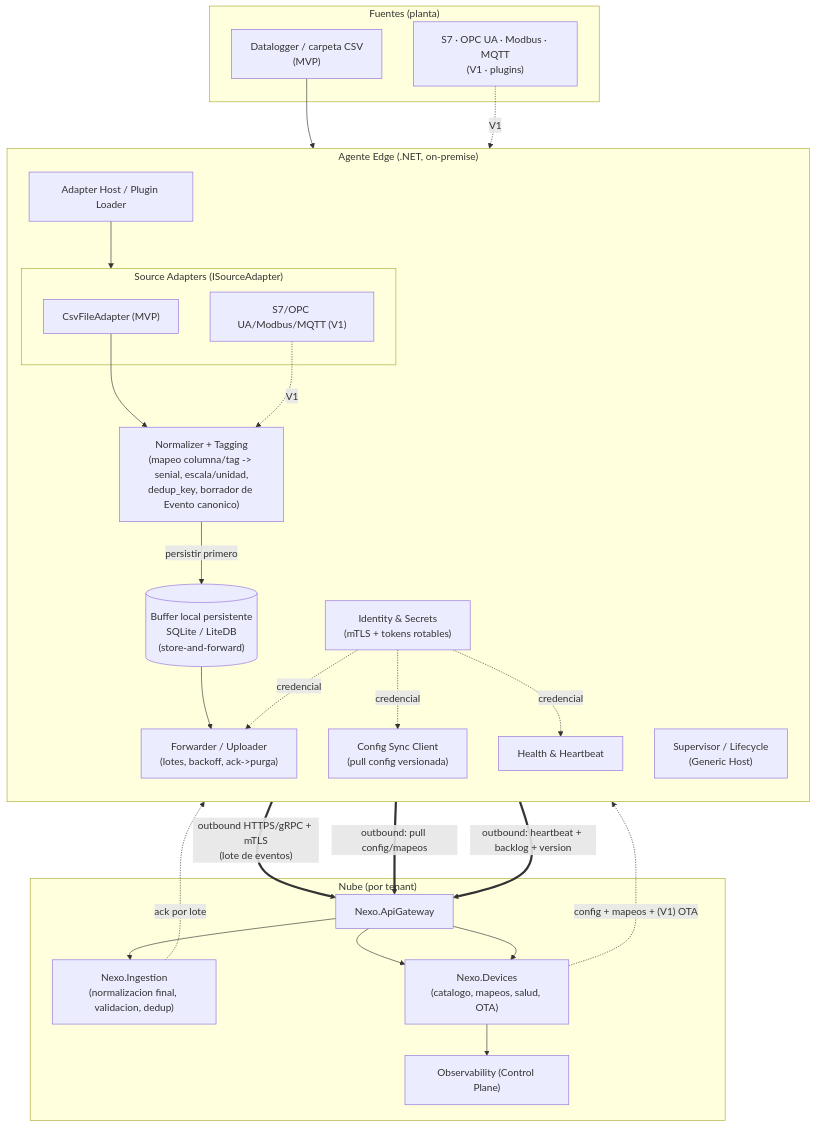
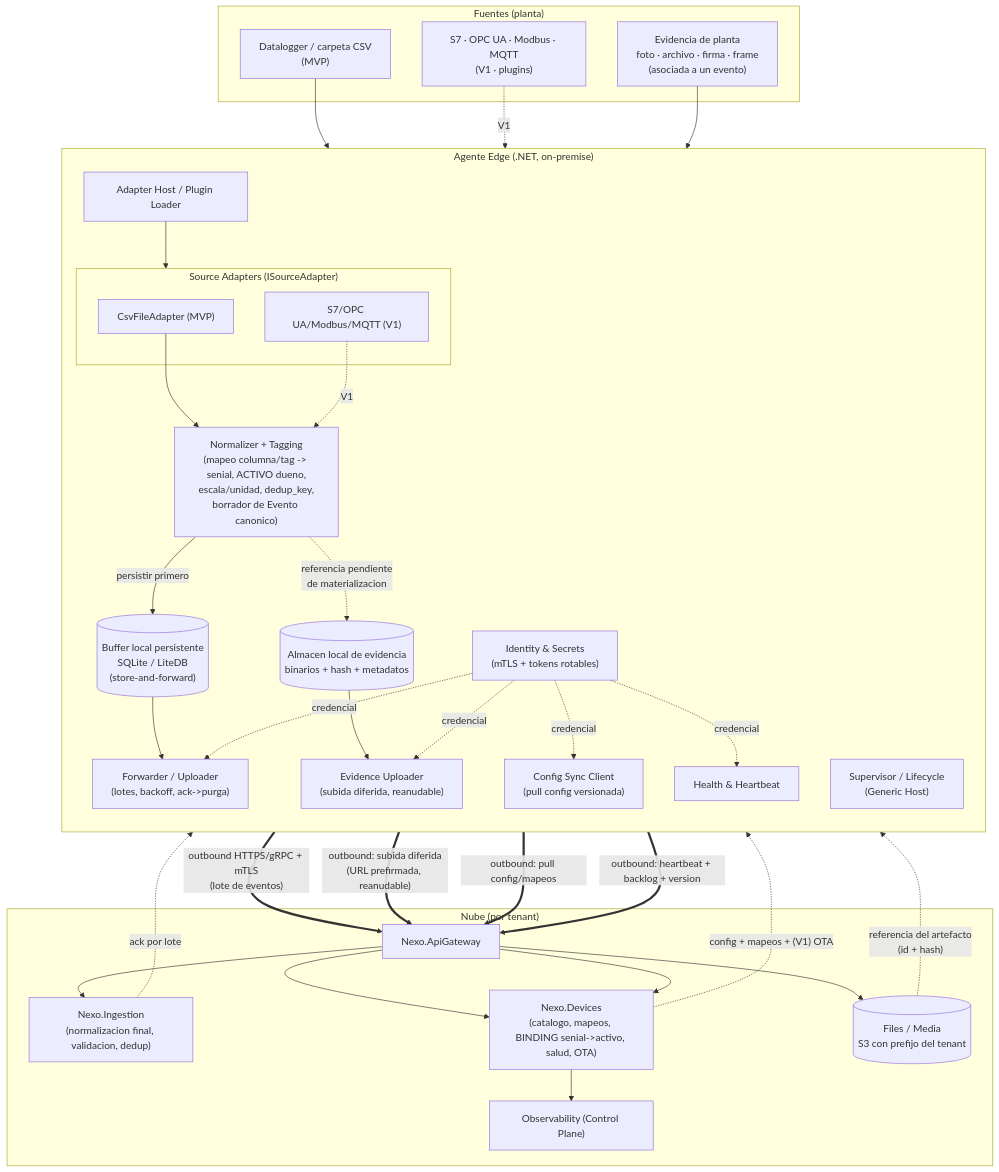
The first of 6 diagrams in docs/design/05-edge-agent.md (buttiepedro/mes), drawn with Mermaid before and after one commit. The commit also changed other lines of this file and 17 other files, not shown here.

````diff
--- a/docs/design/05-edge-agent.md
+++ b/docs/design/05-edge-agent.md
@@ -50,51 +53,62 @@
 ```mermaid
 flowchart TB
     subgraph SRC["Fuentes (planta)"]
         FILE["Datalogger / carpeta CSV\n(MVP)"]
         IND["S7 · OPC UA · Modbus · MQTT\n(V1 · plugins)"]
+        EVID["Evidencia de planta\nfoto · archivo · firma · frame\n(asociada a un evento)"]
     end
 
     subgraph AGENT["Agente Edge (.NET, on-premise)"]
         direction TB
         LOADER["Adapter Host / Plugin Loader"]
         subgraph ADP["Source Adapters (ISourceAdapter)"]
             CSVAD["CsvFileAdapter (MVP)"]
             PLUG["S7/OPC UA/Modbus/MQTT (V1)"]
         end
-        NORM["Normalizer + Tagging\n(mapeo columna/tag -> senial, escala/unidad,\ndedup_key, borrador de Evento canonico)"]
+        NORM["Normalizer + Tagging\n(mapeo columna/tag -> senial, ACTIVO dueno,\nescala/unidad, dedup_key,\nborrador de Evento canonico)"]
         BUF[("Buffer local persistente\nSQLite / LiteDB\n(store-and-forward)")]
+        EVS[("Almacen local de evidencia\nbinarios + hash + metadatos")]
+        EVUP["Evidence Uploader\n(subida diferida, reanudable)"]
         FWD["Forwarder / Uploader\n(lotes, backoff, ack->purga)"]
         CFG["Config Sync Client\n(pull config versionada)"]
         SEC["Identity & Secrets\n(mTLS + tokens rotables)"]
         HB["Health & Heartbeat"]
         SUP["Supervisor / Lifecycle\n(Generic Host)"]
     end
 
     subgraph CLOUD["Nube (por tenant)"]
         GW["Nexo.ApiGateway"]
         ING["Nexo.Ingestion\n(normalizacion final, validacion, dedup)"]
-        DEV["Nexo.Devices\n(catalogo, mapeos, salud, OTA)"]
+        DEV["Nexo.Devices\n(catalogo, mapeos, BINDING senial->activo, salud, OTA)"]
+        FM[("Files / Media\nS3 con prefijo del tenant")]
         OBS["Observability (Control Plane)"]
     end
 
     FILE --> CSVAD
     IND -. V1 .-> PLUG
+    EVID --> EVS
     LOADER --> ADP
     CSVAD --> NORM
     PLUG -. V1 .-> NORM
     NORM -->|"persistir primero"| BUF
+    NORM -.->|"referencia pendiente\nde materializacion"| EVS
     BUF --> FWD
+    EVS --> EVUP
     SEC -. credencial .-> FWD
     SEC -. credencial .-> CFG
     SEC -. credencial .-> HB
+    SEC -. credencial .-> EVUP
 
     FWD ==>|"outbound HTTPS/gRPC + mTLS\n(lote de eventos)"| GW
+    EVUP ==>|"outbound: subida diferida\n(URL prefirmada, reanudable)"| GW
+    GW --> FM
+    FM -.->|"referencia del artefacto\n(id + hash)"| EVUP
     GW --> ING
     ING -.->|"ack por lote"| FWD
     CFG ==>|"outbound: pull config/mapeos"| GW
     GW --> DEV
     DEV -.->|"config + mapeos + (V1) OTA"| CFG
     HB ==>|"outbound: heartbeat + backlog + version"| GW
     GW --> DEV
     DEV --> OBS
 ```
````
